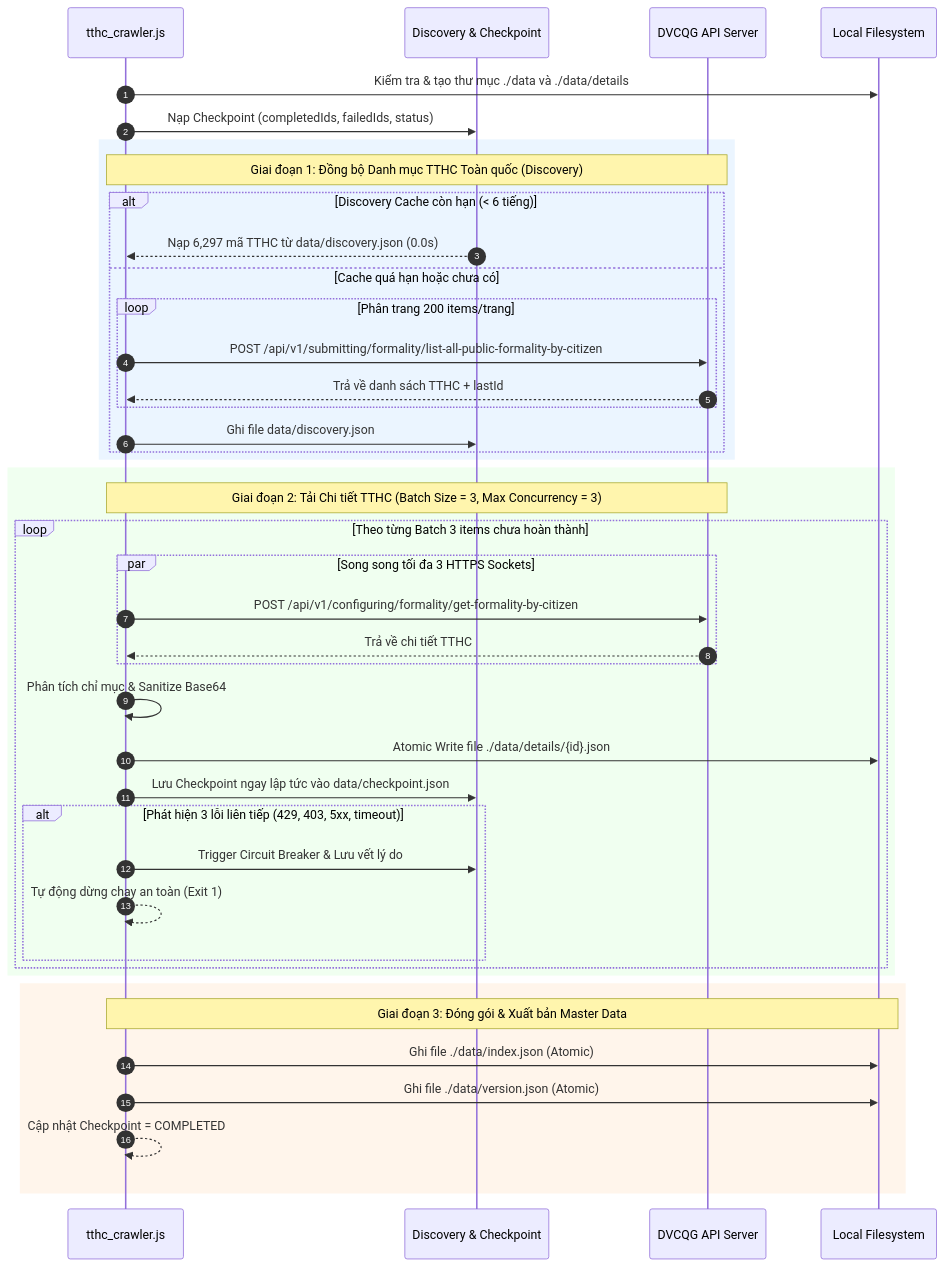
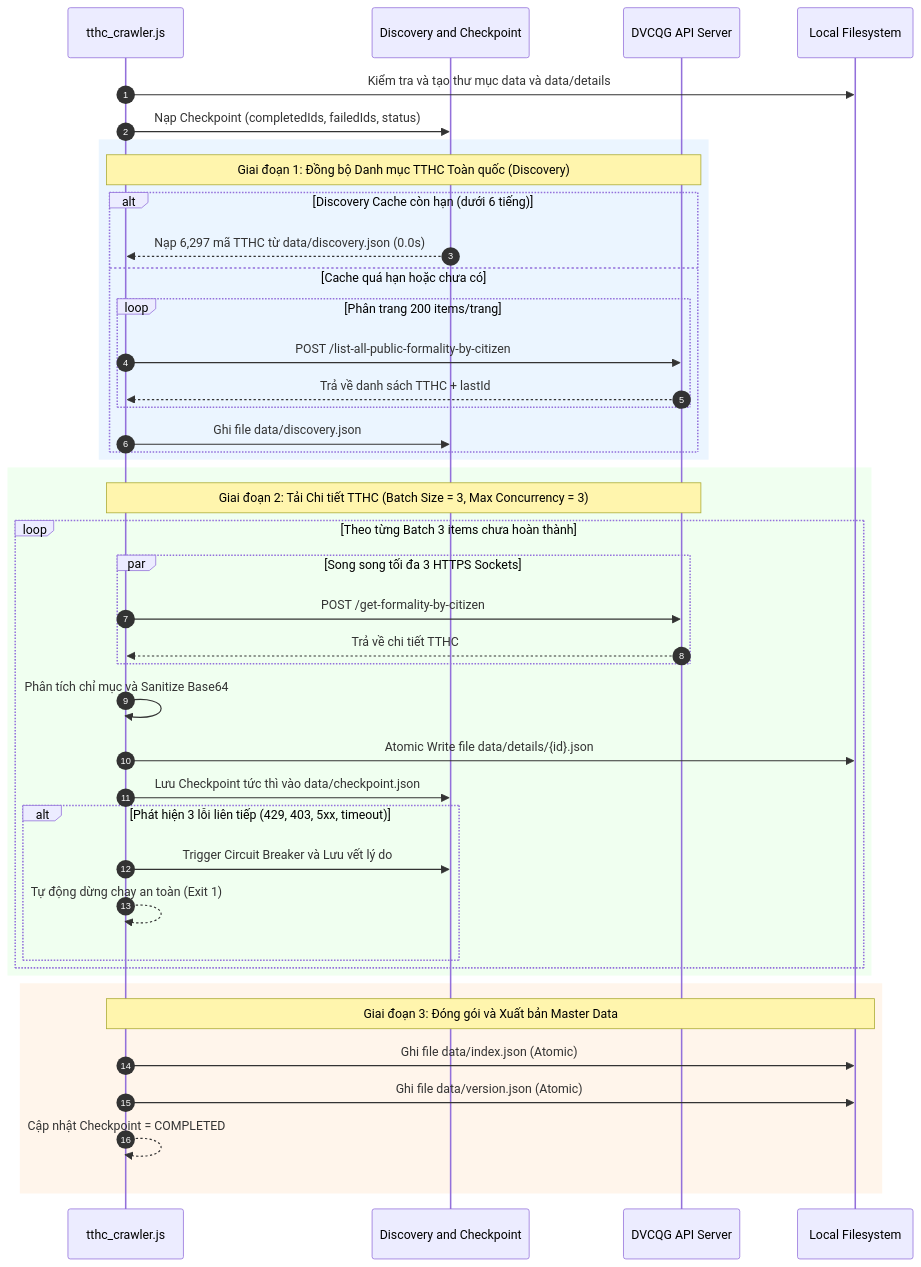
One commit to duynghiaqn/Crawler-TTHC changed the second of 3 diagrams in README.md. Above: the diagram before and after it, drawn with Mermaid. The commit also changed other lines of this file, not shown here.

Commit message:
fix(docs): sua loi cu phap Mermaid syntax trong README de hien thi rich display chuan

````diff
--- a/README.md
+++ b/README.md
@@ -70,48 +95,48 @@
 ```mermaid
 sequenceDiagram
     autonumber
     participant App as tthc_crawler.js
-    participant Cache as Discovery & Checkpoint
+    participant Cache as Discovery and Checkpoint
     participant API as DVCQG API Server
     participant FS as Local Filesystem
 
-    App->>FS: Kiểm tra & tạo thư mục ./data và ./data/details
+    App->>FS: Kiểm tra và tạo thư mục data và data/details
     App->>Cache: Nạp Checkpoint (completedIds, failedIds, status)
     
     rect rgb(235, 245, 255)
         note over App, API: Giai đoạn 1: Đồng bộ Danh mục TTHC Toàn quốc (Discovery)
-        alt Discovery Cache còn hạn (< 6 tiếng)
+        alt Discovery Cache còn hạn (dưới 6 tiếng)
             Cache-->>App: Nạp 6,297 mã TTHC từ data/discovery.json (0.0s)
         else Cache quá hạn hoặc chưa có
             loop Phân trang 200 items/trang
-                App->>API: POST /api/v1/submitting/formality/list-all-public-formality-by-citizen
+                App->>API: POST /list-all-public-formality-by-citizen
                 API-->>App: Trả về danh sách TTHC + lastId
             end
             App->>Cache: Ghi file data/discovery.json
         end
     end
 
     rect rgb(240, 255, 240)
         note over App, API: Giai đoạn 2: Tải Chi tiết TTHC (Batch Size = 3, Max Concurrency = 3)
         loop Theo từng Batch 3 items chưa hoàn thành
             par Song song tối đa 3 HTTPS Sockets
-                App->>API: POST /api/v1/configuring/formality/get-formality-by-citizen
+                App->>API: POST /get-formality-by-citizen
                 API-->>App: Trả về chi tiết TTHC
             end
-            App->>App: Phân tích chỉ mục & Sanitize Base64
-            App->>FS: Atomic Write file ./data/details/{id}.json
-            App->>Cache: Lưu Checkpoint ngay lập tức vào data/checkpoint.json
+            App->>App: Phân tích chỉ mục và Sanitize Base64
+            App->>FS: Atomic Write file data/details/{id}.json
+            App->>Cache: Lưu Checkpoint tức thì vào data/checkpoint.json
             alt Phát hiện 3 lỗi liên tiếp (429, 403, 5xx, timeout)
-                App->>Cache: Trigger Circuit Breaker & Lưu vết lý do
+                App->>Cache: Trigger Circuit Breaker và Lưu vết lý do
                 App-->>App: Tự động dừng chạy an toàn (Exit 1)
             end
         end
     end
 
     rect rgb(255, 245, 235)
-        note over App, FS: Giai đoạn 3: Đóng gói & Xuất bản Master Data
-        App->>FS: Ghi file ./data/index.json (Atomic)
-        App->>FS: Ghi file ./data/version.json (Atomic)
+        note over App, FS: Giai đoạn 3: Đóng gói và Xuất bản Master Data
+        App->>FS: Ghi file data/index.json (Atomic)
+        App->>FS: Ghi file data/version.json (Atomic)
         App-->>App: Cập nhật Checkpoint = COMPLETED
     end
 ```
````
